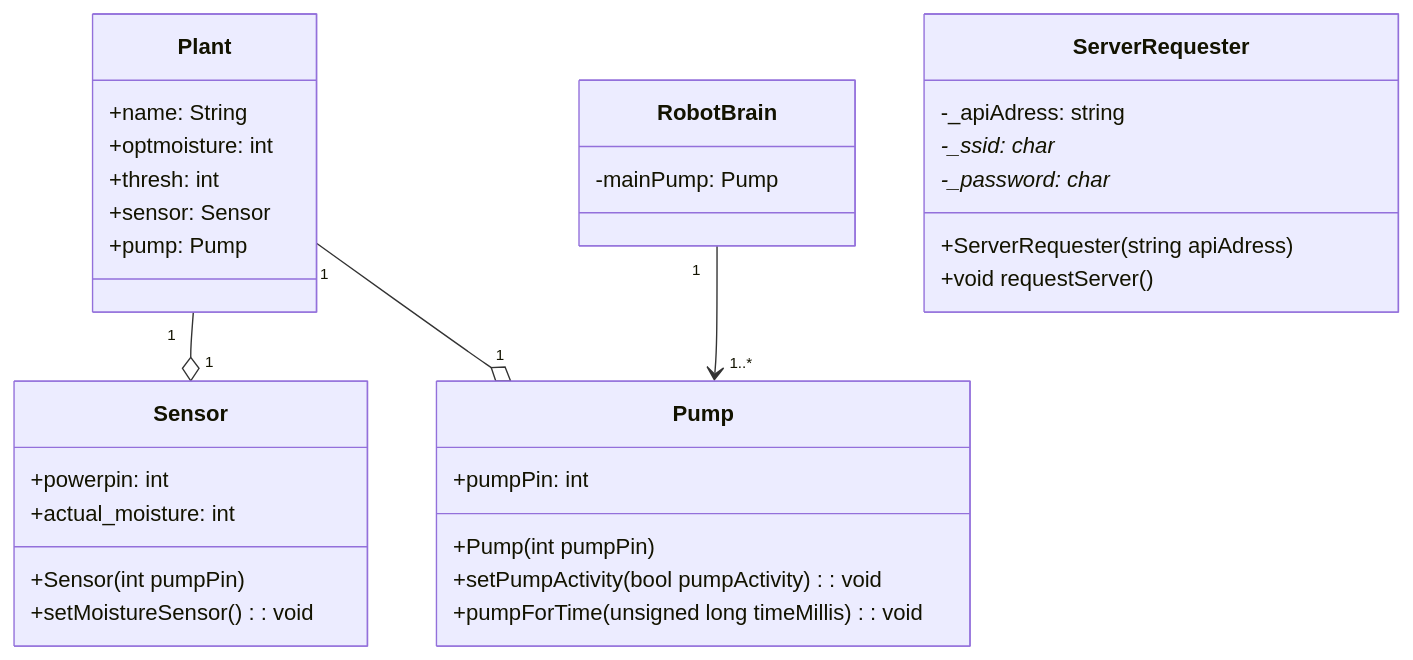
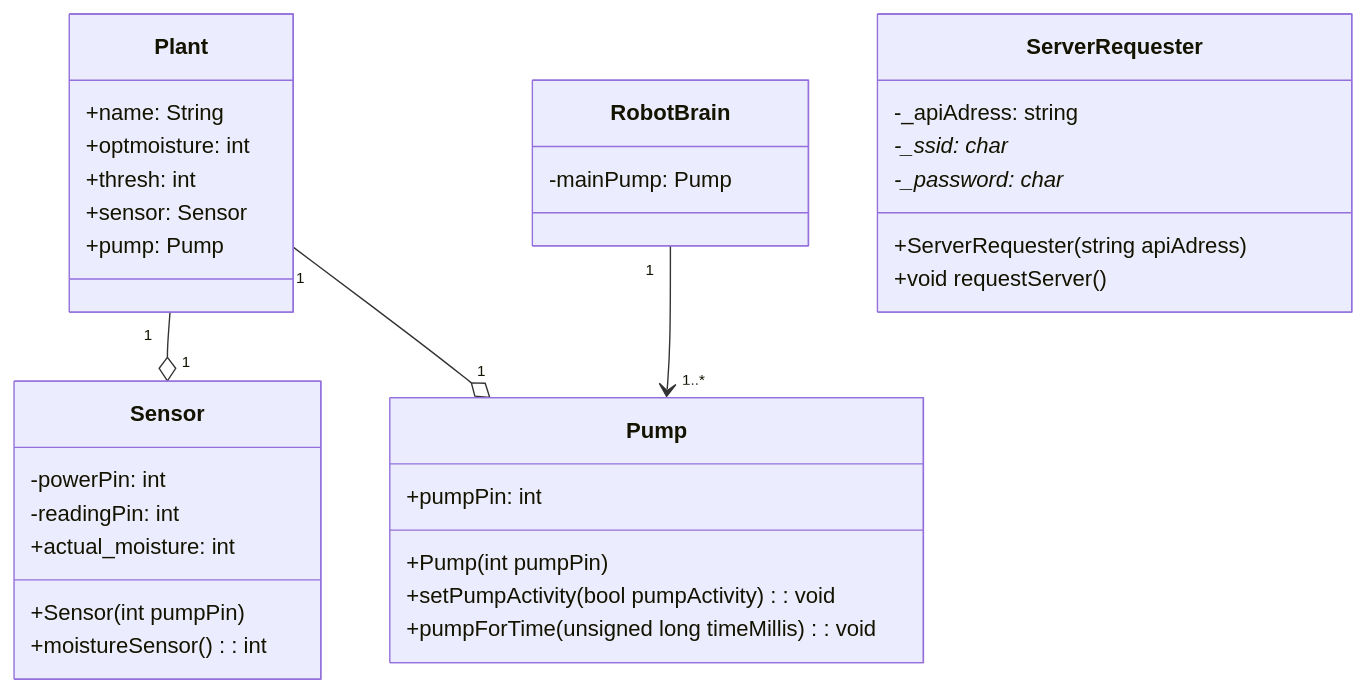
Before and after one commit to Duysburg/PWTech: the diagram in README.md, drawn with Mermaid.

Commit message:
update uml class diagram in README.md after new update for the Sensor class

````diff
--- a/README.md
+++ b/README.md
@@ -17,37 +17,38 @@
 ```mermaid
 classDiagram
 class Sensor{
-    +powerpin: int
+    -powerPin: int
+    -readingPin: int
     +actual_moisture: int
     +Sensor(int pumpPin)
-    +setMoistureSensor(): void
+    +moistureSensor(): int
 }
 class Plant{
     +name: String
     +optmoisture: int
     +thresh: int
     +sensor: Sensor 
     +pump: Pump 
 }
 class Pump{
     +pumpPin: int 
     +Pump(int pumpPin)
     +setPumpActivity(bool pumpActivity): void
     +pumpForTime(unsigned long timeMillis): void
 }
 class RobotBrain{
     -mainPump: Pump
 }
 class ServerRequester{
     -_apiAdress: string 
     -_ssid: char* 
     -_password: char* 
     +ServerRequester(string apiAdress)
     +void requestServer()
 }
 
 Plant "1" --o "1" Sensor
 Plant "1" --o "1" Pump
 
 RobotBrain "1" --> "1..*" Pump
 ```
````
